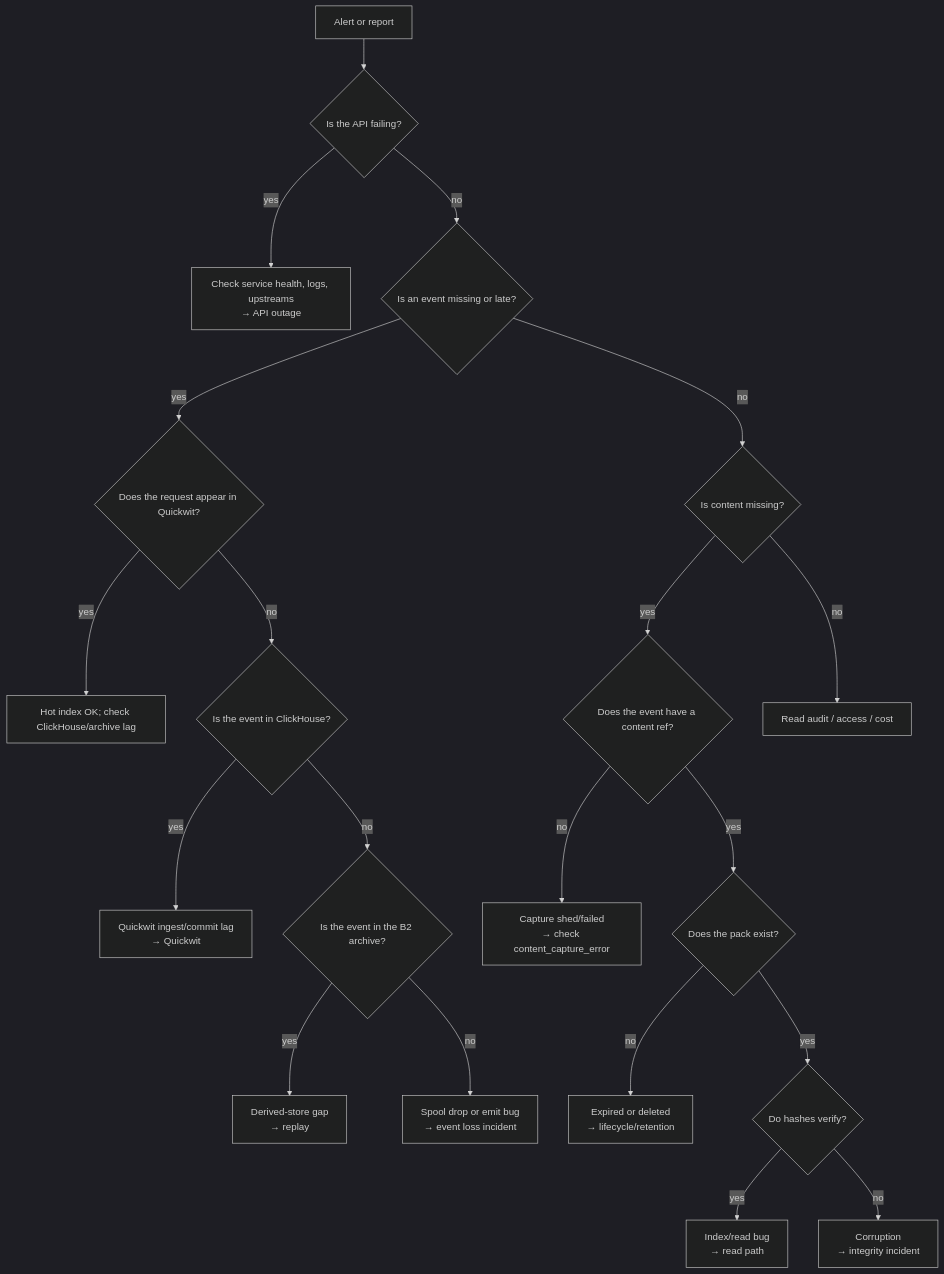
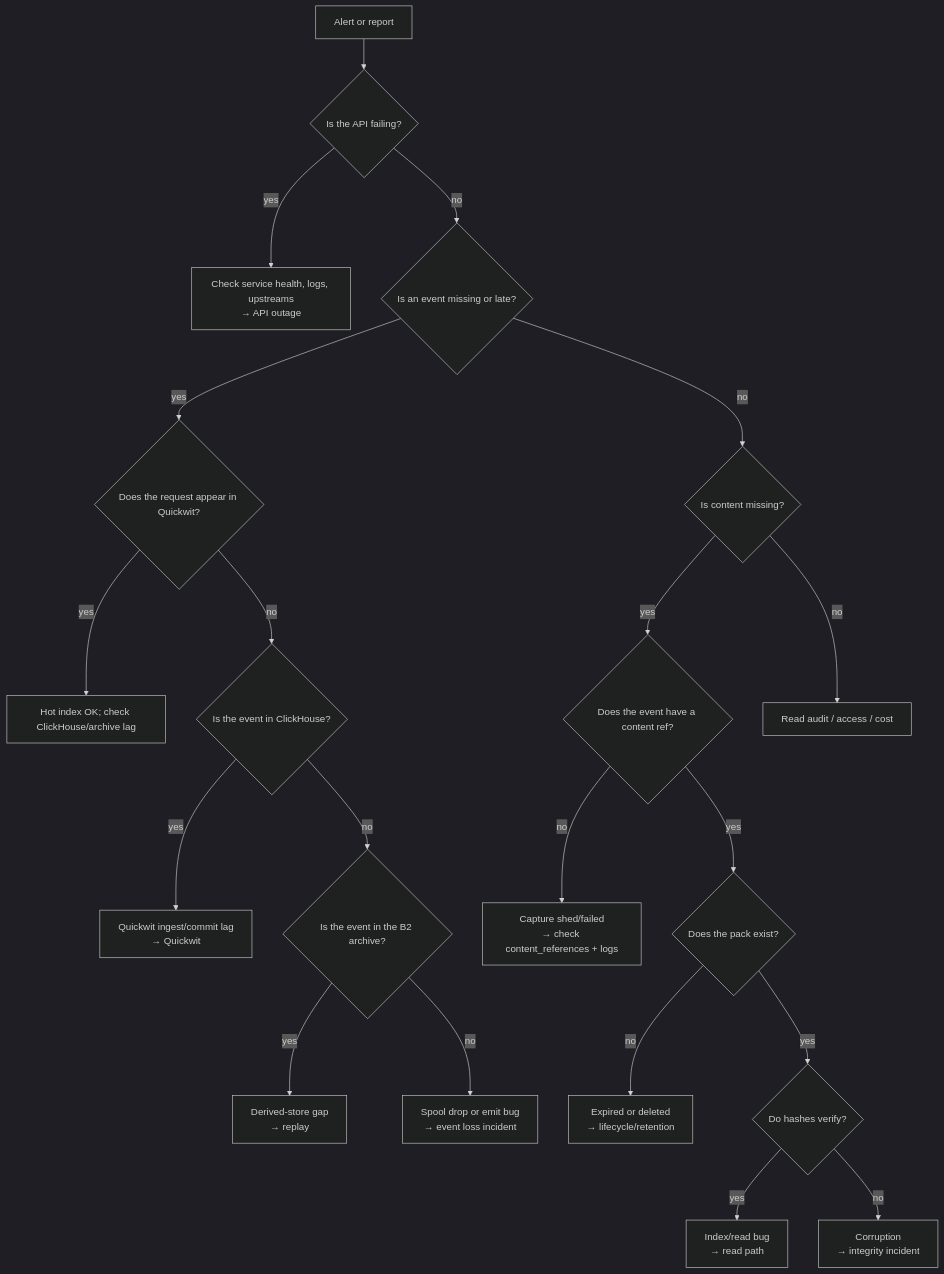
One commit to mkroman/neuradex changed the diagram in docs/operations/runbook.md. Above: the diagram before and after it, drawn with Mermaid (dark theme). The commit also changed other lines of this file and 30 other files, not shown here.

````diff
--- a/docs/operations/runbook.md
+++ b/docs/operations/runbook.md
@@ -9,22 +9,22 @@
 ```mermaid
 flowchart TD
     A["Alert or report"] --> B{"Is the API failing?"}
     B -->|yes| C["Check service health, logs, upstreams<br/>→ API outage"]
     B -->|no| D{"Is an event missing or late?"}
     D -->|yes| E{"Does the request appear in Quickwit?"}
     E -->|yes| F["Hot index OK; check ClickHouse/archive lag"]
     E -->|no| G{"Is the event in ClickHouse?"}
     G -->|yes| H["Quickwit ingest/commit lag<br/>→ Quickwit"]
     G -->|no| I{"Is the event in the B2 archive?"}
     I -->|yes| J["Derived-store gap<br/>→ replay"]
     I -->|no| K["Spool drop or emit bug<br/>→ event loss incident"]
     D -->|no| L{"Is content missing?"}
     L -->|yes| M{"Does the event have a content ref?"}
-    M -->|no| N["Capture shed/failed<br/>→ check content_capture_error"]
+    M -->|no| N["Capture shed/failed<br/>→ check content_references + logs"]
     M -->|yes| O{"Does the pack exist?"}
     O -->|no| P["Expired or deleted<br/>→ lifecycle/retention"]
     O -->|yes| Q{"Do hashes verify?"}
     Q -->|yes| R["Index/read bug<br/>→ read path"]
     Q -->|no| S["Corruption<br/>→ integrity incident"]
     L -->|no| T["Read audit / access / cost"]
 ```
````
